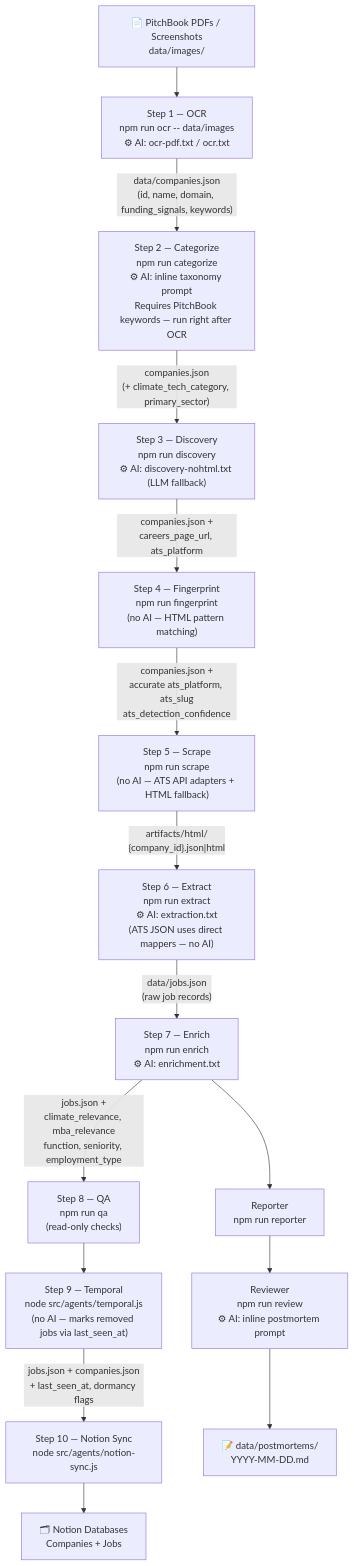
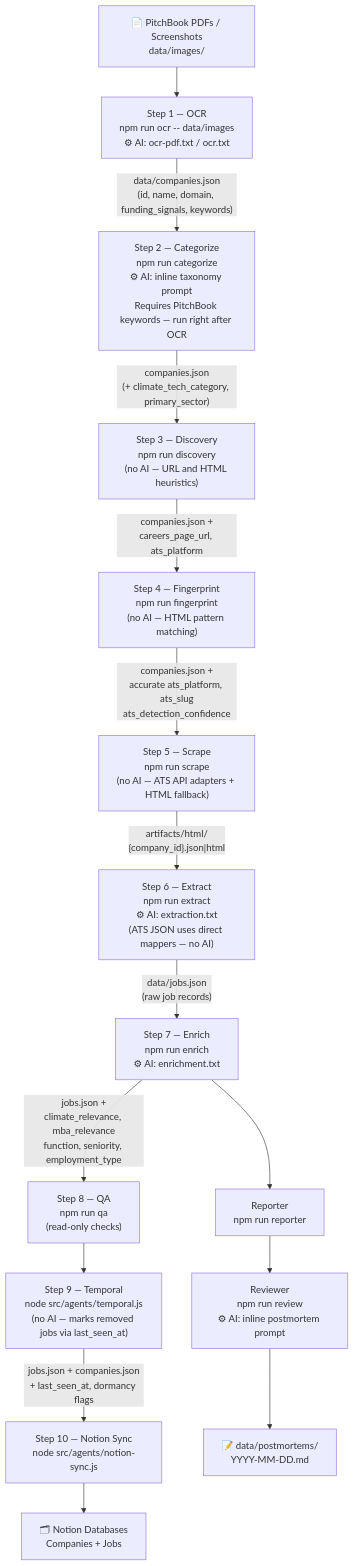
The first of 2 diagrams in README.md (walshkang/csb-job-board), drawn with Mermaid before and after one commit. The commit also changed other lines of this file and 3 other files, not shown here.

````diff
--- a/README.md
+++ b/README.md
@@ -219,39 +219,39 @@
 ```mermaid
 flowchart TD
     SRC["📄 PitchBook PDFs / Screenshots\ndata/images/"]
 
     SRC --> S1["Step 1 — OCR\nnpm run ocr -- data/images\n⚙ AI: ocr-pdf.txt / ocr.txt"]
     S1 -->|"data/companies.json\n(id, name, domain, funding_signals, keywords)"| S2
 
     S2["Step 2 — Categorize\nnpm run categorize\n⚙ AI: inline taxonomy prompt\nRequires PitchBook keywords — run right after OCR"]
     S2 -->|"companies.json\n(+ climate_tech_category, primary_sector)"| S3
 
-    S3["Step 3 — Discovery\nnpm run discovery\n⚙ AI: discovery-nohtml.txt (LLM fallback)"]
+    S3["Step 3 — Discovery\nnpm run discovery\n(no AI — URL and HTML heuristics)"]
     S3 -->|"companies.json +\ncareers_page_url, ats_platform"| S4
 
     S4["Step 4 — Fingerprint\nnpm run fingerprint\n(no AI — HTML pattern matching)"]
     S4 -->|"companies.json +\naccurate ats_platform, ats_slug\nats_detection_confidence"| S5
 
     S5["Step 5 — Scrape\nnpm run scrape\n(no AI — ATS API adapters + HTML fallback)"]
     S5 -->|"artifacts/html/\n{company_id}.json|html"| S6
 
     S6["Step 6 — Extract\nnpm run extract\n⚙ AI: extraction.txt\n(ATS JSON uses direct mappers — no AI)"]
     S6 -->|"data/jobs.json\n(raw job records)"| S7
 
     S7["Step 7 — Enrich\nnpm run enrich\n⚙ AI: enrichment.txt"]
     S7 -->|"jobs.json +\nclimate_relevance, mba_relevance\nfunction, seniority, employment_type"| S8
 
     S8["Step 8 — QA\nnpm run qa\n(read-only checks)"]
     S8 --> S9
 
     S9["Step 9 — Temporal\nnode src/agents/temporal.js\n(no AI — marks removed jobs via last_seen_at)"]
     S9 -->|"jobs.json + companies.json\n+ last_seen_at, dormancy flags"| S10
 
     S10["Step 10 — Notion Sync\nnode src/agents/notion-sync.js"]
     S10 --> NOTION["🗂 Notion Databases\nCompanies + Jobs"]
 
     S7 --> OBS1
     OBS1["Reporter\nnpm run reporter"]
     OBS1 --> OBS2["Reviewer\nnpm run review\n⚙ AI: inline postmortem prompt"]
     OBS2 --> PM["📝 data/postmortems/\nYYYY-MM-DD.md"]
 ```
````
